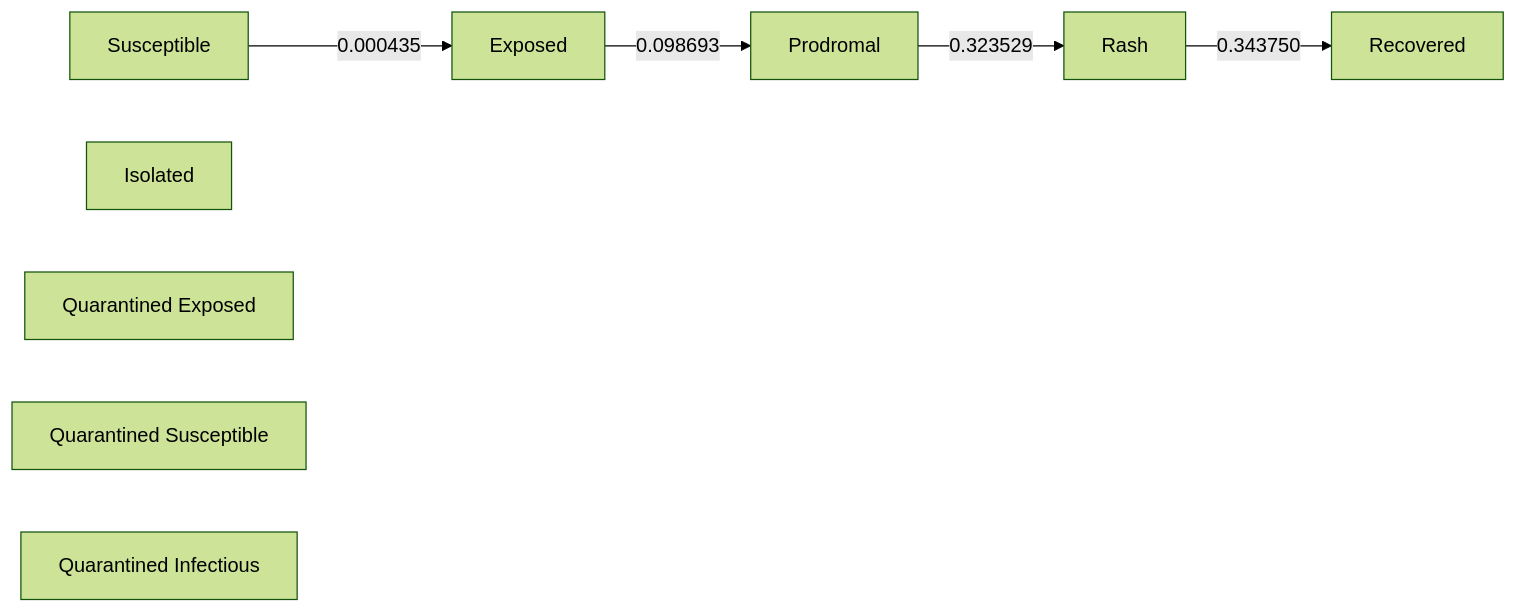
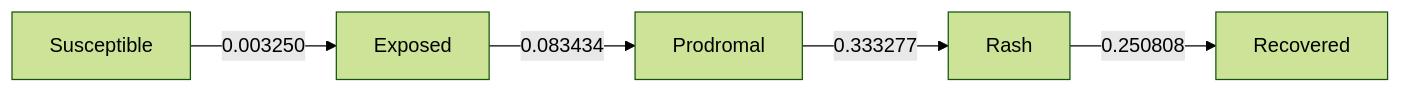
Before and after one commit to EpiForeSITE/epiworld-measles: the diagram in school_quarantine/canyon_crest_74.md, drawn with Mermaid (forest theme). The commit also changed other lines of this file and 10 other files, not shown here.

Commit message:
New version of epiworld: draws diagrams f(all simulations)

````diff
--- a/school_quarantine/canyon_crest_74.md
+++ b/school_quarantine/canyon_crest_74.md
@@ -138,17 +138,13 @@
 ``` mermaid
 flowchart LR
-    s0[Susceptible]
-    s1[Exposed]
-    s2[Prodromal]
-    s3[Rash]
-    s4[Isolated]
-    s5[Quarantined Exposed]
-    s6[Quarantined Susceptible]
-    s7[Quarantined Infectious]
-    s8[Recovered]
-    s0 -->|0.000435| s1
-    s1 -->|0.098693| s2
-    s2 -->|0.323529| s3
-    s3 -->|0.343750| s8
+    s0[Exposed]
+    s1[Prodromal]
+    s2[Rash]
+    s3[Recovered]
+    s4[Susceptible]
+    s0 -->|0.083434| s1
+    s1 -->|0.333277| s2
+    s2 -->|0.250808| s3
+    s4 -->|0.003250| s0
 
 ```
````
